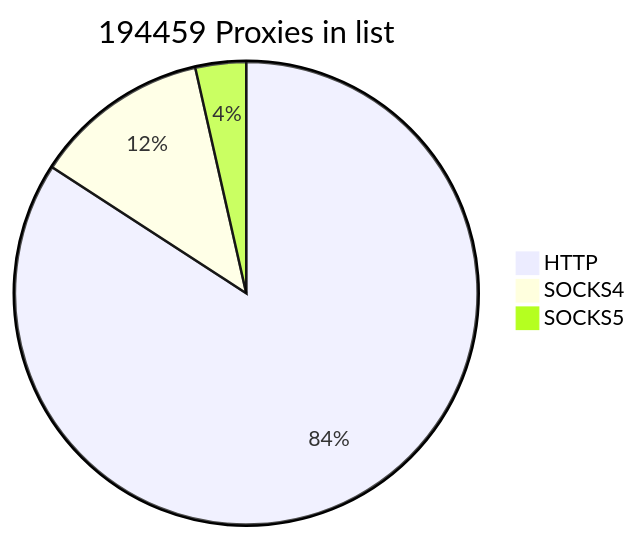
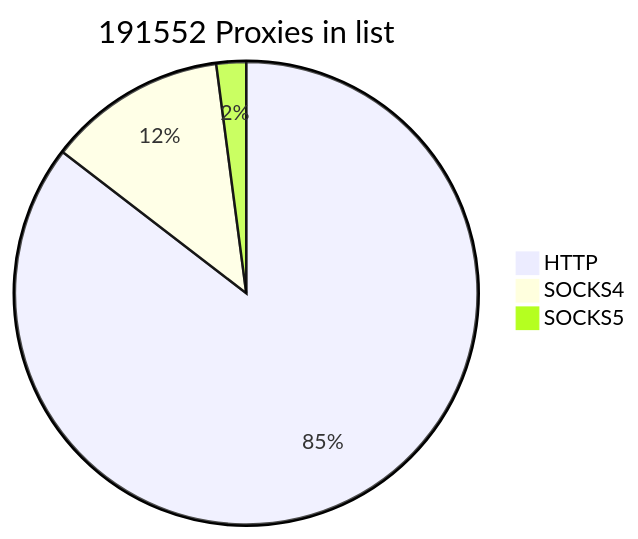
The first of 2 diagrams in README.md (cutipu/proxylist), drawn with Mermaid before and after one commit. The commit also changed other lines of this file, not shown here.

````diff
--- a/README.md
+++ b/README.md
@@ -2,7 +2,7 @@
 ```mermaid
-pie title 194459 Proxies in list
-    "HTTP" : 163669
-    "SOCKS4" : 23908
-    "SOCKS5" : 6882
+pie title 191552 Proxies in list
+    "HTTP" : 163667
+    "SOCKS4" : 23907
+    "SOCKS5" : 3978
             
 ```
````
